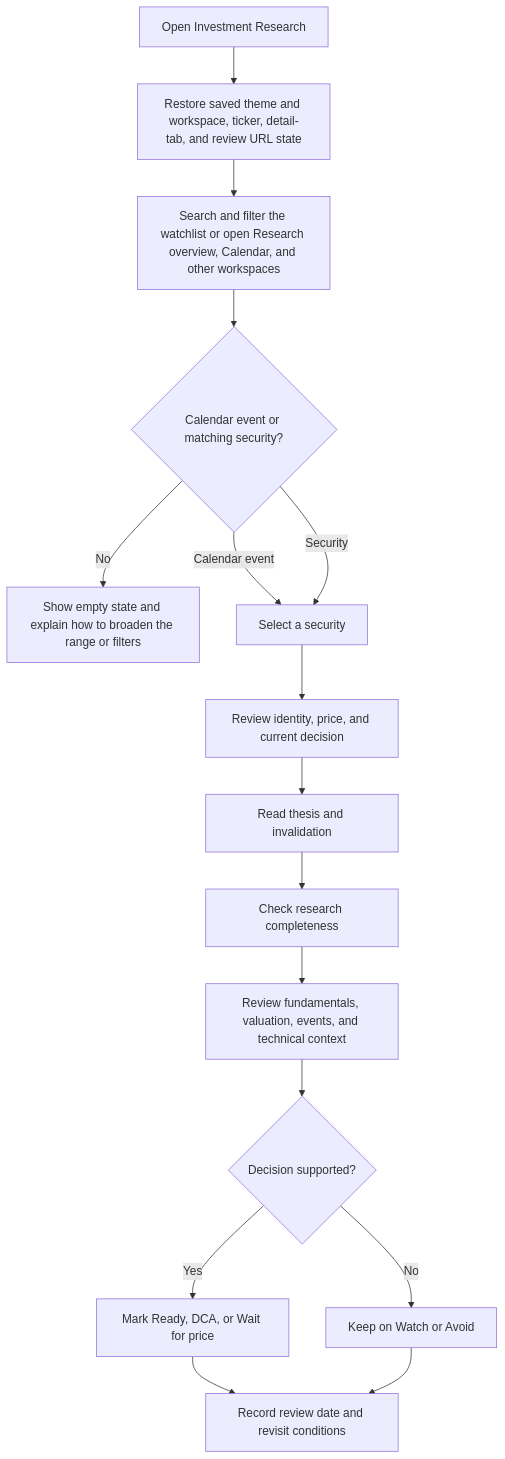
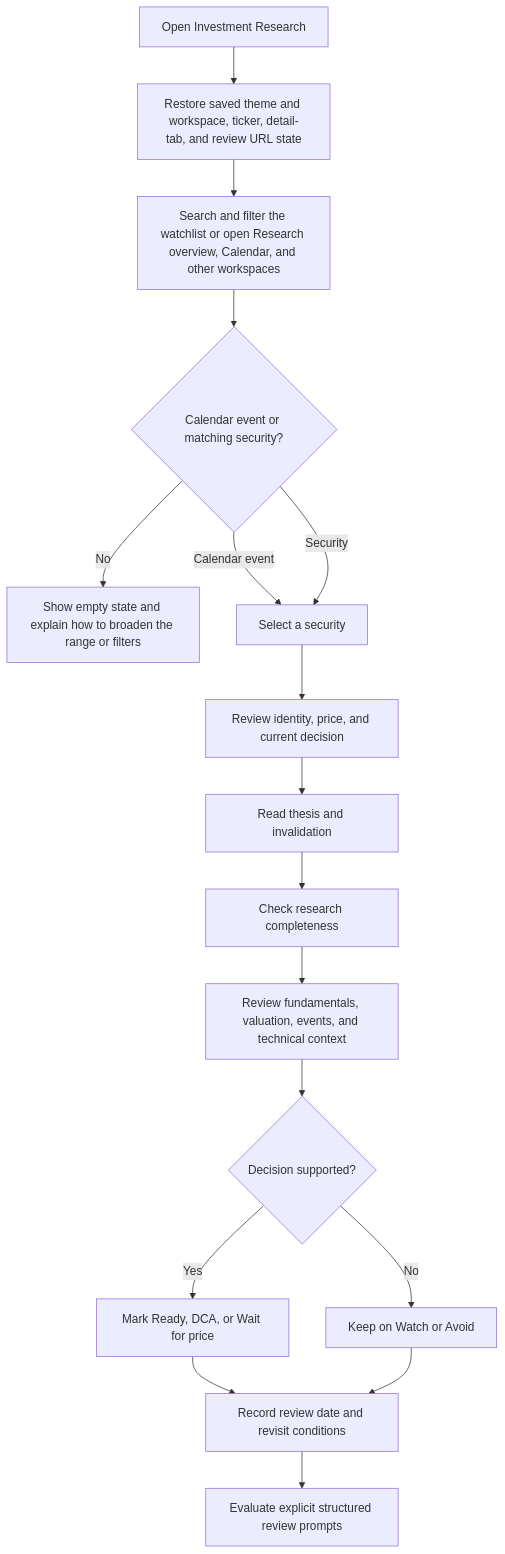
One commit to hooiml/signal changed the third of 4 diagrams in docs/PROJECT_OBJECTIVE_AND_FLOWS.md. Above: the diagram before and after it, drawn with Mermaid. The commit also changed other lines of this file and 10 other files, not shown here.

````diff
--- a/docs/PROJECT_OBJECTIVE_AND_FLOWS.md
+++ b/docs/PROJECT_OBJECTIVE_AND_FLOWS.md
@@ -305,18 +307,19 @@
 ```mermaid
 flowchart TD
     A[Open Investment Research] --> B[Restore saved theme and workspace, ticker, detail-tab, and review URL state]
     B --> C[Search and filter the watchlist or open Research overview, Calendar, and other workspaces]
     C --> D{Calendar event or matching security?}
     D -- No --> E[Show empty state and explain how to broaden the range or filters]
     D -- Calendar event --> F[Open the ticker review workflow or Events tab]
     D -- Security --> F[Select a security]
     F --> G[Review identity, price, and current decision]
     G --> H[Read thesis and invalidation]
     H --> I[Check research completeness]
     I --> J[Review fundamentals, valuation, events, and technical context]
     J --> K{Decision supported?}
     K -- Yes --> L[Mark Ready, DCA, or Wait for price]
     K -- No --> M[Keep on Watch or Avoid]
     L --> N[Record review date and revisit conditions]
     M --> N
+    N --> O[Evaluate explicit structured review prompts]
 ```
````
